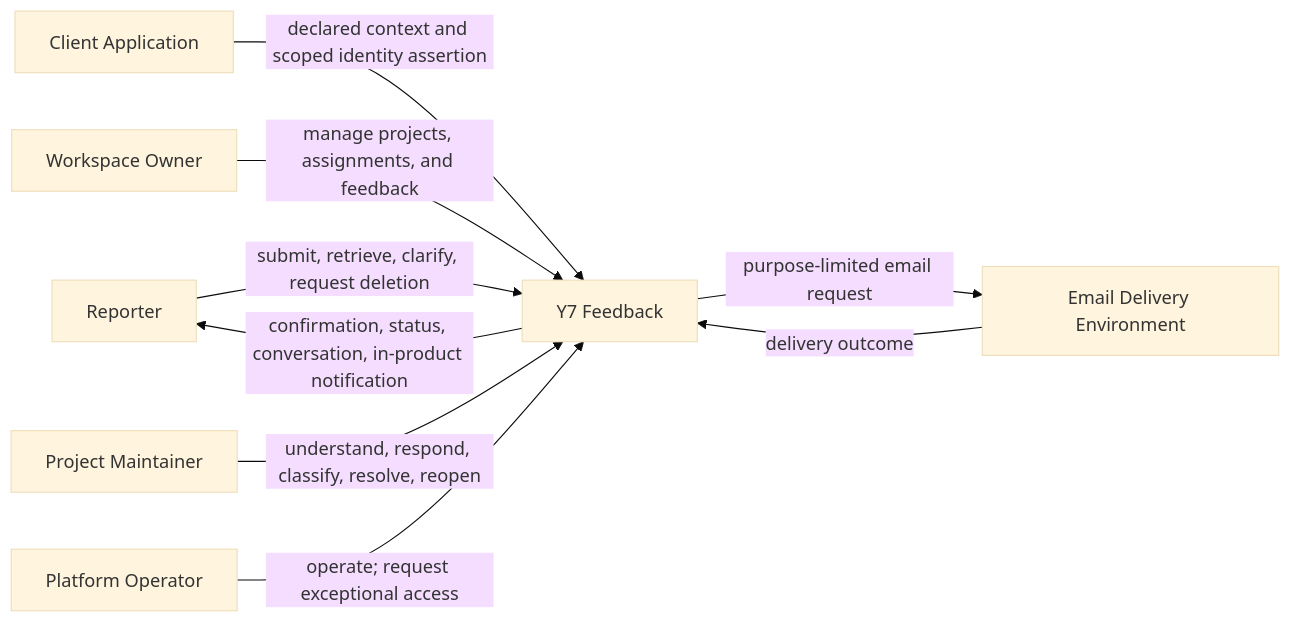
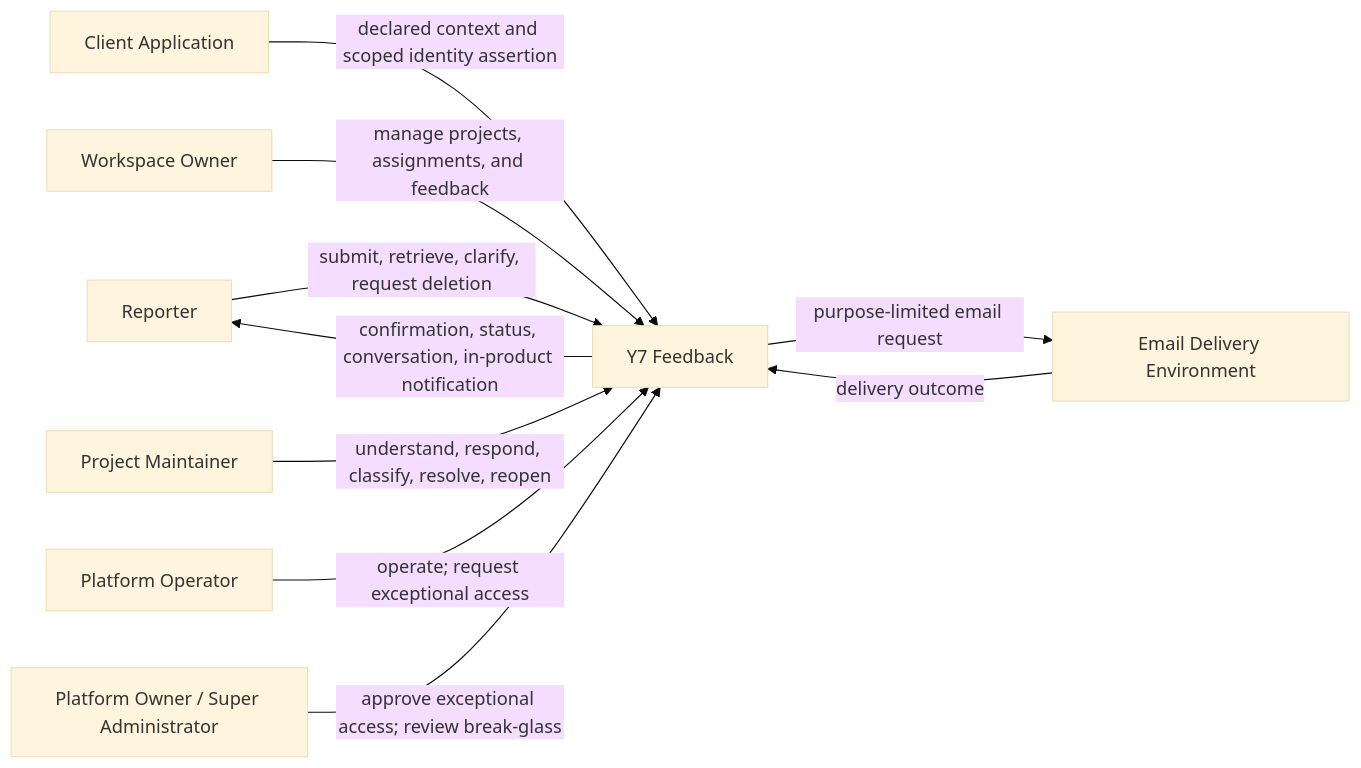
One commit to Y4NN777/y7-feedback-mngt-system changed the first of 11 diagrams in docs/05_MODELING.md. Above: the diagram before and after it, drawn with Mermaid (base theme). The commit also changed other lines of this file, not shown here.

Commit message:
docs: model recovery and exceptional access

````diff
--- a/docs/05_MODELING.md
+++ b/docs/05_MODELING.md
@@ -14,19 +14,21 @@
 ```mermaid
 flowchart LR
     Reporter[Reporter]
     ClientApp[Client Application]
     Owner[Workspace Owner]
     Maintainer[Project Maintainer]
     Operator[Platform Operator]
+    PlatformOwner[Platform Owner / Super Administrator]
     Email[Email Delivery Environment]
     System[Y7 Feedback]
 
     Reporter -->|submit, retrieve, clarify, request deletion| System
     System -->|confirmation, status, conversation, in-product notification| Reporter
     ClientApp -->|declared context and scoped identity assertion| System
     Owner -->|manage projects, assignments, and feedback| System
     Maintainer -->|understand, respond, classify, resolve, reopen| System
     Operator -->|operate; request exceptional access| System
+    PlatformOwner -->|approve exceptional access; review break-glass| System
     System -->|purpose-limited email request| Email
     Email -->|delivery outcome| System
 ```
````
